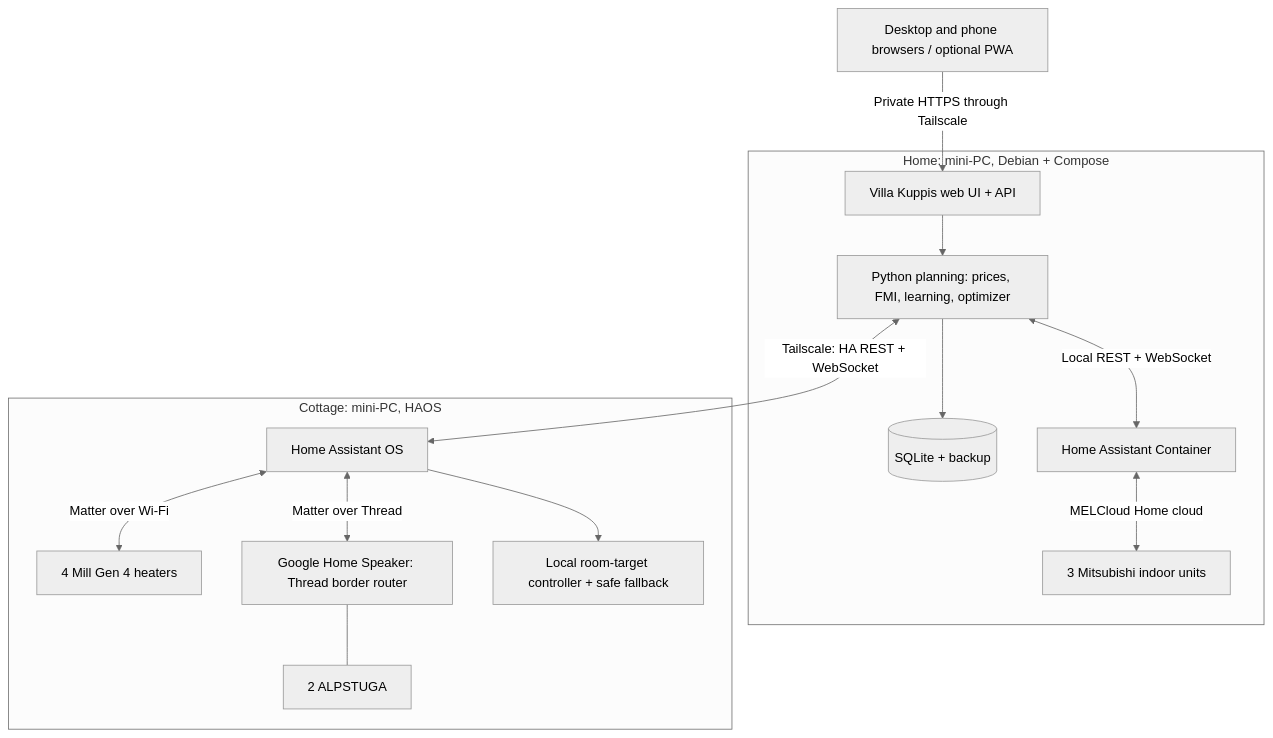
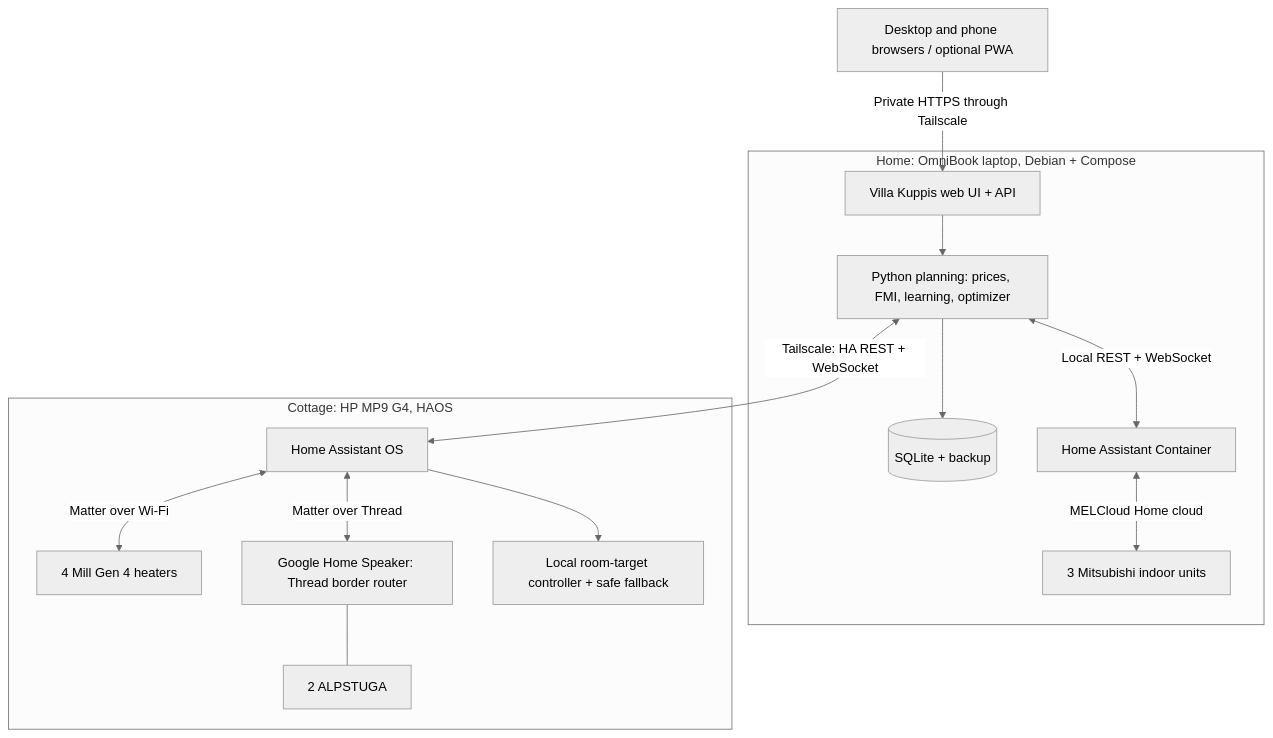
One commit to Vkuparin/villa-kuppis changed the diagram in docs/architecture.md. Above: the diagram before and after it, drawn with Mermaid (neutral theme). The commit also changed other lines of this file and 9 other files, not shown here.

First line of the commit message:
Record the bought hardware: HP MP9 G4 at the cottage, OmniBook laptop at home

````diff
--- a/docs/architecture.md
+++ b/docs/architecture.md
@@ -21,20 +21,20 @@
 ```mermaid
 flowchart TB
   Clients[Desktop and phone browsers / optional PWA]
   Clients -->|Private HTTPS through Tailscale| VK[Villa Kuppis web UI + API]
 
-  subgraph Home[Home: mini-PC, Debian + Compose]
+  subgraph Home[Home: OmniBook laptop, Debian + Compose]
     VK --> Core[Python planning: prices, FMI, learning, optimizer]
     Core --> DB[(SQLite + backup)]
     Core <-->|Local REST + WebSocket| HAH[Home Assistant Container]
     HAH <-->|MELCloud Home cloud| Pumps[3 Mitsubishi indoor units]
   end
 
   Core <-->|Tailscale: HA REST + WebSocket| HAC[Home Assistant OS]
-  subgraph Cottage[Cottage: mini-PC, HAOS]
+  subgraph Cottage[Cottage: HP MP9 G4, HAOS]
     HAC <-->|Matter over Wi-Fi| Mill[4 Mill Gen 4 heaters]
     HAC <-->|Matter over Thread| Speaker[Google Home Speaker: Thread border router]
     Speaker --- Sensors[2 ALPSTUGA]
     HAC --> Local[Local room-target controller + safe fallback]
   end
 ```
````
